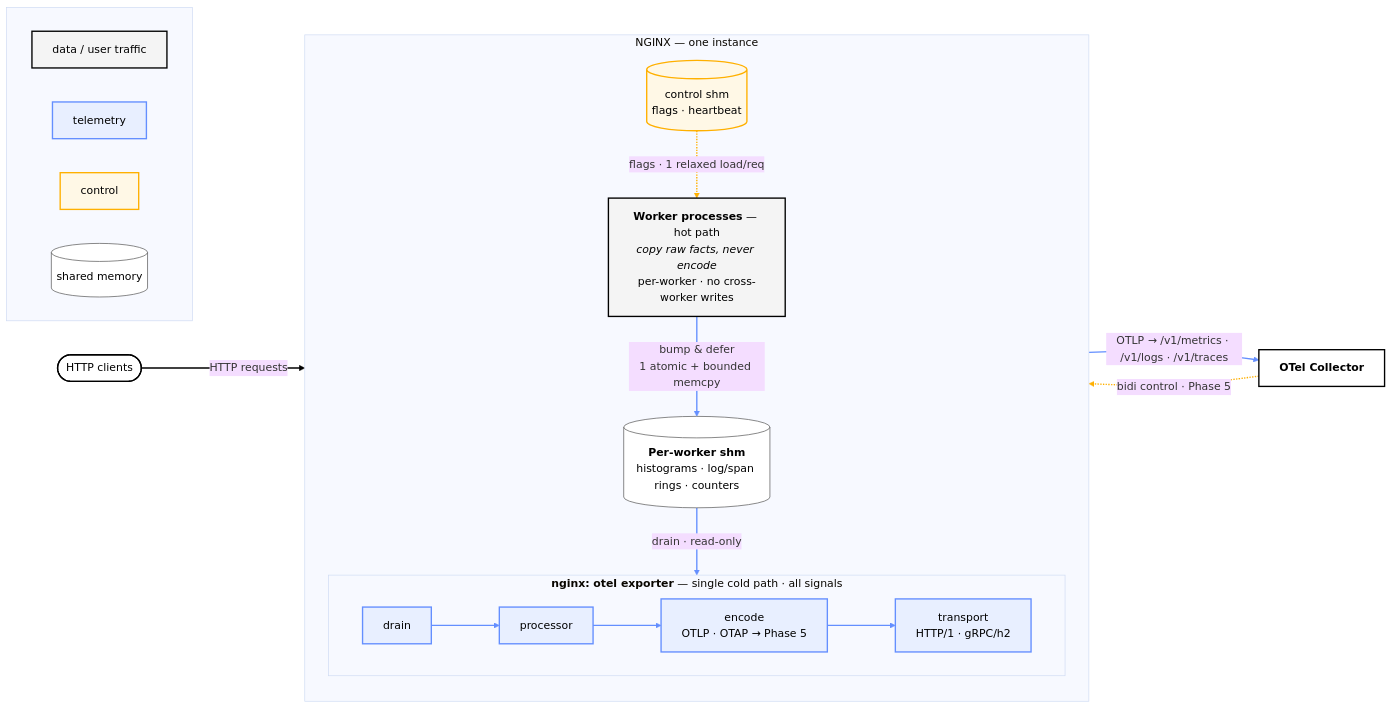
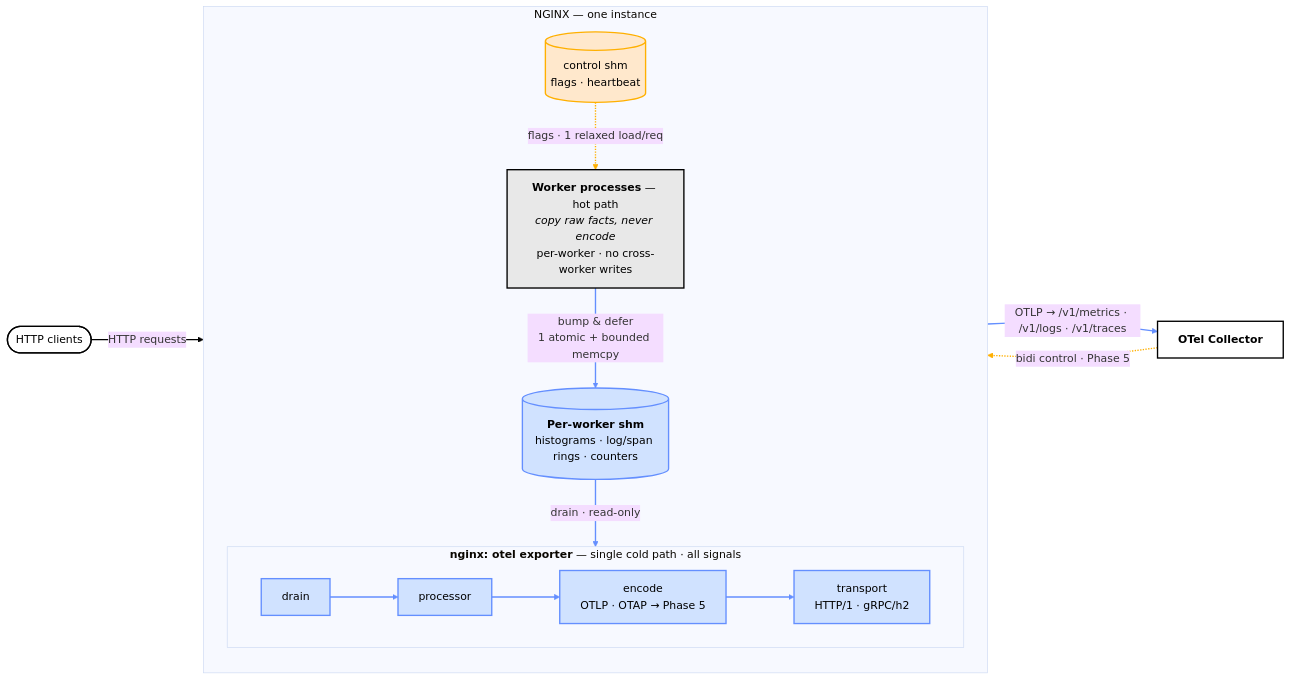
One commit to CVanF5/ngx-otel-rust changed the diagram in README.md. Above: the diagram before and after it, drawn with Mermaid (base theme). The commit also changed other lines of this file, not shown here.

Commit message:
docs(readme): drop floating diagram legend; colour key as a caption
The legend subgraph floated disconnected and coloured nodes while the diagram meaning is conveyed on the edges. Removed it; plane colour now coherent on both nodes and edges (user=black, telemetry=#648FFF, control=#FFB000) with more legible fills, and the colour/shape key is a one-line caption under the diagram. The shm node now reads as telemetry-plane.

````diff
--- a/README.md
+++ b/README.md
@@ -70,42 +70,33 @@
 ```mermaid
 flowchart LR
     Client(["HTTP clients"]):::ext
 
     subgraph NGINX["NGINX — one instance"]
         direction TB
         Workers["<b>Worker processes</b> — hot path<br/><i>copy raw facts, never encode</i><br/>per-worker · no cross-worker writes"]:::data
-        SHM[("<b>Per-worker shm</b><br/>histograms · log/span rings · counters")]:::store
+        SHM[("<b>Per-worker shm</b><br/>histograms · log/span rings · counters")]:::tel
         subgraph Exporter["<b>nginx: otel exporter</b> — single cold path · all signals"]
             direction LR
             Drain["drain"]:::tel --> Proc["processor"]:::tel --> Encode["encode<br/>OTLP · OTAP → Phase 5"]:::tel --> Tx["transport<br/>HTTP/1 · gRPC/h2"]:::tel
         end
         Ctl[("control shm<br/>flags · heartbeat")]:::ctl
     end
 
     Coll["<b>OTel Collector</b>"]:::ext
 
     Client -->|"HTTP requests"| Workers
     Workers -->|"bump &amp; defer<br/>1 atomic + bounded memcpy"| SHM
     SHM -->|"drain · read-only"| Drain
     Tx -->|"OTLP → /v1/metrics · /v1/logs · /v1/traces"| Coll
     Ctl -.->|"flags · 1 relaxed load/req"| Workers
     Coll -.->|"bidi control · Phase 5"| Ctl
 
-    subgraph Legend [" "]
-        direction LR
-        L1["data / user traffic"]:::data
-        L2["telemetry"]:::tel
-        L3["control"]:::ctl
-        L4[("shared memory")]:::store
-    end
-
-    classDef data fill:#f4f4f4,stroke:#000000,stroke-width:2px,color:#000000;
-    classDef tel fill:#e8efff,stroke:#648FFF,stroke-width:2px,color:#000000;
-    classDef ctl fill:#fff8e6,stroke:#FFB000,stroke-width:2px,color:#000000;
-    classDef store fill:#ffffff,stroke:#525252,stroke-width:1px,color:#000000;
+    classDef data fill:#e8e8e8,stroke:#000000,stroke-width:2px,color:#000000;
+    classDef tel fill:#d0e2ff,stroke:#648FFF,stroke-width:2px,color:#000000;
+    classDef ctl fill:#ffe8cc,stroke:#FFB000,stroke-width:2px,color:#000000;
     classDef ext fill:#ffffff,stroke:#000000,stroke-width:2px,color:#000000;
 
     linkStyle 0,1,2,4,5,6 stroke:#648FFF,stroke-width:2px;
     linkStyle 3 stroke:#000000,stroke-width:2px;
     linkStyle 7,8 stroke:#FFB000,stroke-width:2px;
 ```
````
